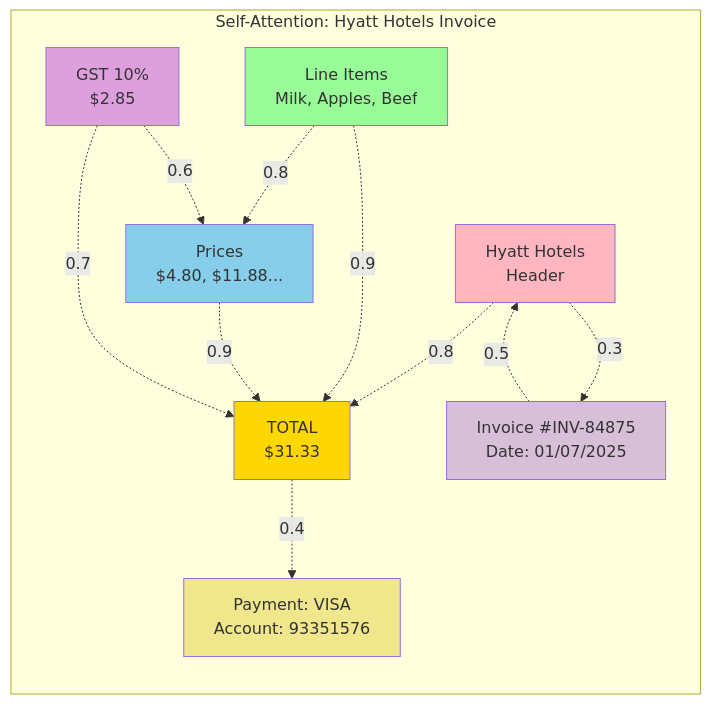
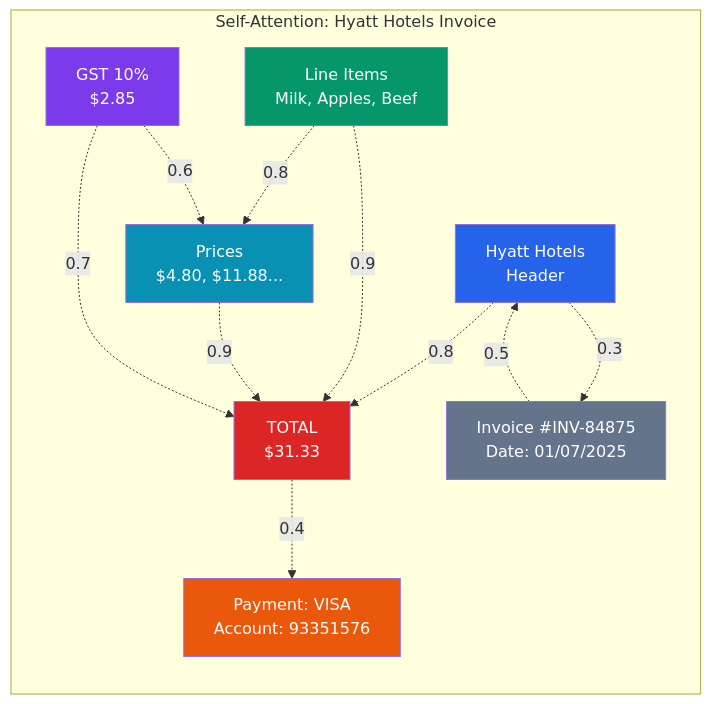
Before and after one commit to tmnestor/unified_vision_processor_minimal: the diagram in presentation_materials/vision_transformers_slides.md, drawn with Mermaid.

Commit message:
🎨 style: improve Self-Attention diagram color scheme
- Use professional color palette with better contrast
- Blue for header, green for items, cyan for prices
- Red for total (attention-grabbing), purple for tax
- Orange for payment, gray for invoice details
- White text on all nodes for readability

````diff
--- a/presentation_materials/vision_transformers_slides.md
+++ b/presentation_materials/vision_transformers_slides.md
@@ -248,23 +248,23 @@
 ```mermaid
 graph LR
     subgraph "Self-Attention: Hyatt Hotels Invoice"
         P1[Hyatt Hotels<br/>Header] -.->|0.8| P5[TOTAL<br/>$31.33]
         P2[Line Items<br/>Milk, Apples, Beef] -.->|0.9| P5
         P3[Prices<br/>$4.80, $11.88...] -.->|0.9| P5
         P4[GST 10%<br/>$2.85] -.->|0.7| P5
         P5 -.->|0.4| P6[Payment: VISA<br/>Account: 93351576]
         
         P1 -.->|0.3| P7[Invoice #INV-84875<br/>Date: 01/07/2025]
         P2 -.->|0.8| P3
         P4 -.->|0.6| P3
         P7 -.->|0.5| P1
     end
     
-    style P1 fill:#ffb6c1
-    style P2 fill:#98fb98
-    style P3 fill:#87ceeb
-    style P4 fill:#dda0dd
-    style P5 fill:#ffd700
-    style P6 fill:#f0e68c
-    style P7 fill:#d8bfd8
+    style P1 fill:#2563eb,color:#fff
+    style P2 fill:#059669,color:#fff
+    style P3 fill:#0891b2,color:#fff
+    style P4 fill:#7c3aed,color:#fff
+    style P5 fill:#dc2626,color:#fff
+    style P6 fill:#ea580c,color:#fff
+    style P7 fill:#64748b,color:#fff
 ```
````
